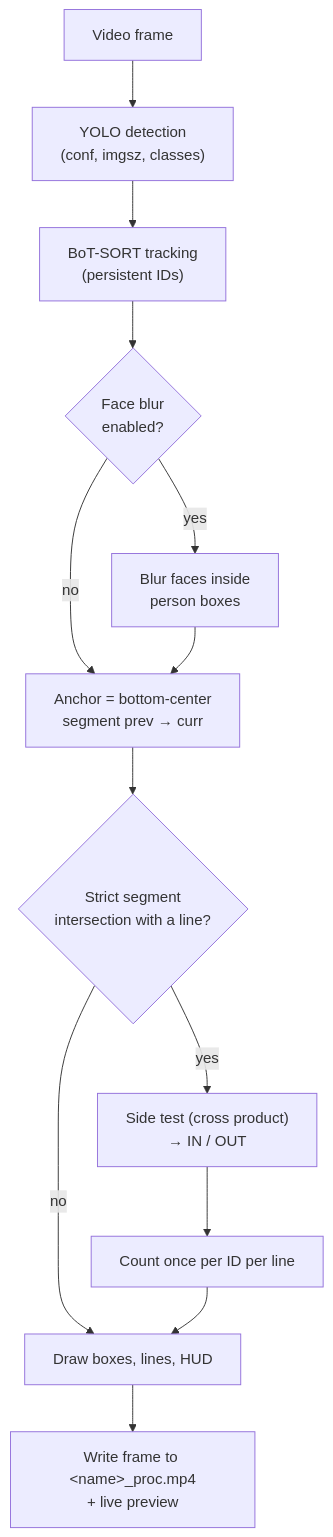
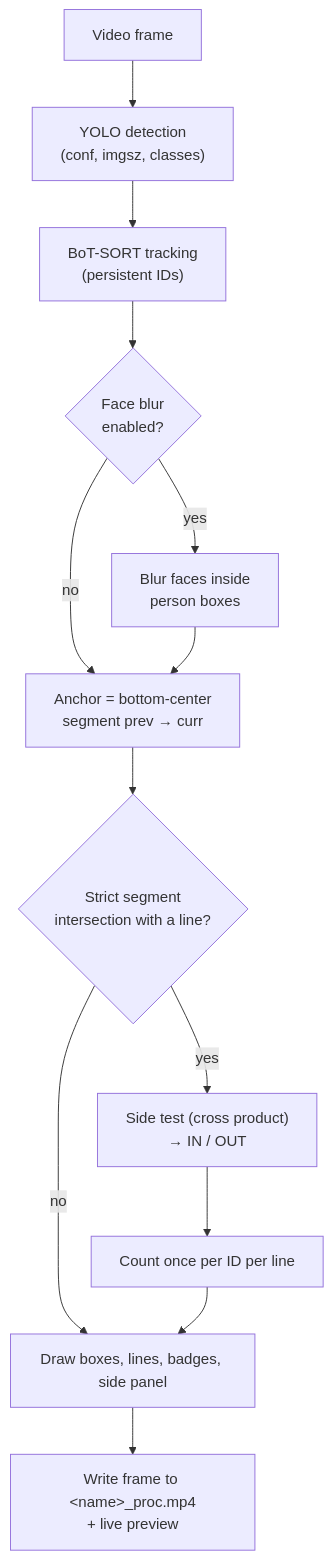
One commit to karemdm/directional-line-crossing-counter changed the diagram in README.md. Above: the diagram before and after it, drawn with Mermaid. The commit also changed other lines of this file, not shown here.

Commit message:
docs: describe the side panel, badges, --layout and track save/replay

````diff
--- a/README.md
+++ b/README.md
@@ -27,15 +28,15 @@
 ```mermaid
 flowchart TD
     A["Video frame"] --> B["YOLO detection<br/>(conf, imgsz, classes)"]
     B --> C["BoT-SORT tracking<br/>(persistent IDs)"]
     C --> D{"Face blur<br/>enabled?"}
     D -- yes --> E["Blur faces inside<br/>person boxes"]
     D -- no --> F
     E --> F["Anchor = bottom-center<br/>segment prev → curr"]
     F --> G{"Strict segment<br/>intersection with a line?"}
     G -- no --> J
     G -- yes --> H["Side test (cross product)<br/>→ IN / OUT"]
     H --> I["Count once per ID per line"]
-    I --> J["Draw boxes, lines, HUD"]
+    I --> J["Draw boxes, lines, badges, side panel"]
     J --> K["Write frame to &lt;name&gt;_proc.mp4<br/>+ live preview"]
 ```
````
